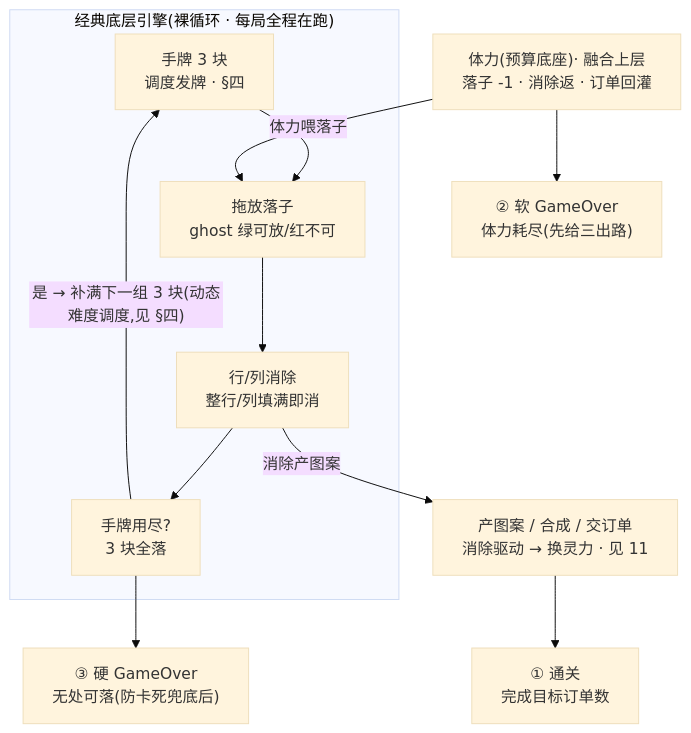
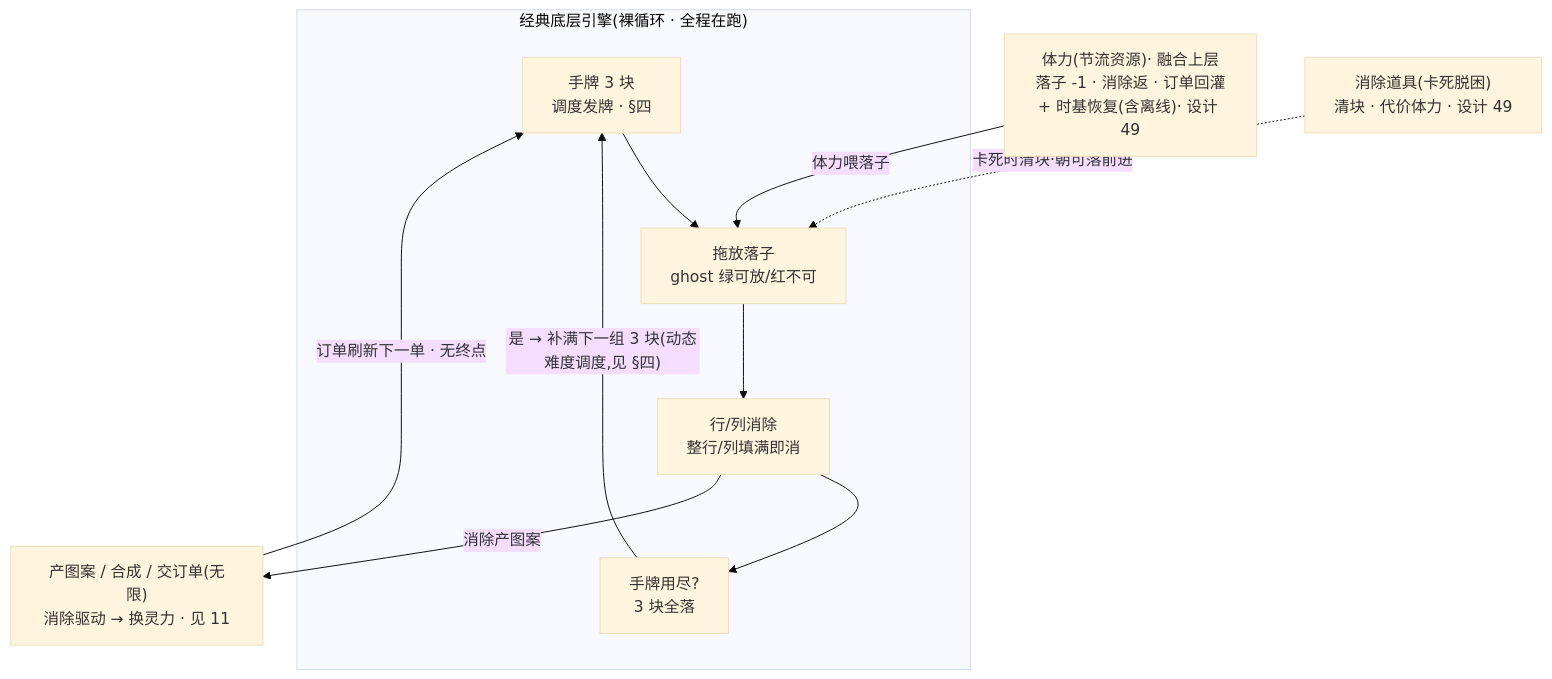
The diagram in UnityProject/design-docs/01-gameplay-overview.md (zhoupeng921101/TEngine_zp), drawn with Mermaid (base theme) before and after one commit. The commit also changed other lines of this file and 5 other files, not shown here.

````diff
--- a/UnityProject/design-docs/01-gameplay-overview.md
+++ b/UnityProject/design-docs/01-gameplay-overview.md
@@ -14,21 +14,18 @@
 ```mermaid
 flowchart TD
-    subgraph eng["经典底层引擎(裸循环 · 每局全程在跑)"]
+    subgraph eng["经典底层引擎(裸循环 · 全程在跑)"]
         h1["手牌 3 块<br/>调度发牌 · §四"]
         h2["拖放落子<br/>ghost 绿可放/红不可"]
         h3["行/列消除<br/>整行/列填满即消"]
         h4["手牌用尽?<br/>3 块全落"]
         h1 --> h2 --> h3 --> h4
         h4 -->|"是 → 补满下一组 3 块(动态难度调度,见 §四)"| h1
     end
-    stam["体力(预算底座)· 融合上层<br/>落子 -1 · 消除返 · 订单回灌"]
-    pat["产图案 / 合成 / 交订单<br/>消除驱动 → 换灵力 · 见 11"]
-    o1["① 通关<br/>完成目标订单数"]
-    o2["② 软 GameOver<br/>体力耗尽(先给三出路)"]
-    o3["③ 硬 GameOver<br/>无处可落(防卡死兜底后)"]
+    stam["体力(节流资源)· 融合上层<br/>落子 -1 · 消除返 · 订单回灌<br/>+ 时基恢复(含离线)· 设计 49"]
+    pat["产图案 / 合成 / 交订单(无限)<br/>消除驱动 → 换灵力 · 见 11"]
+    tool["消除道具(卡死脱困)<br/>清块 · 代价体力 · 设计 49"]
     stam -->|体力喂落子| h2
     h3 -->|消除产图案| pat
-    pat --> o1
-    stam --> o2
-    h4 --> o3
+    pat -->|订单刷新下一单 · 无终点| h1
+    tool -.->|卡死时清块·朝可落前进| h2
 ```
````
